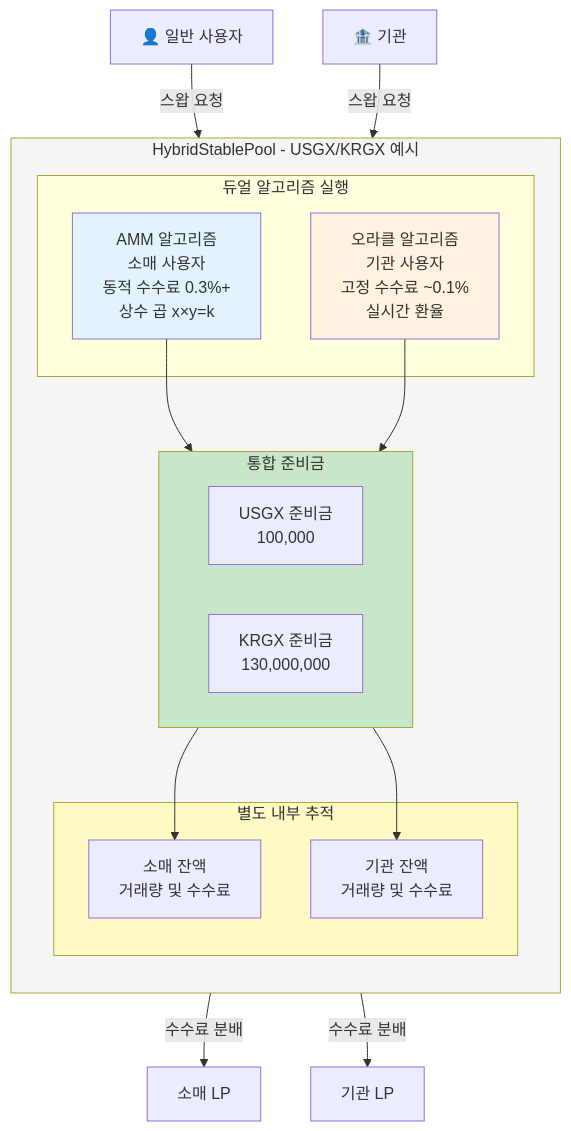
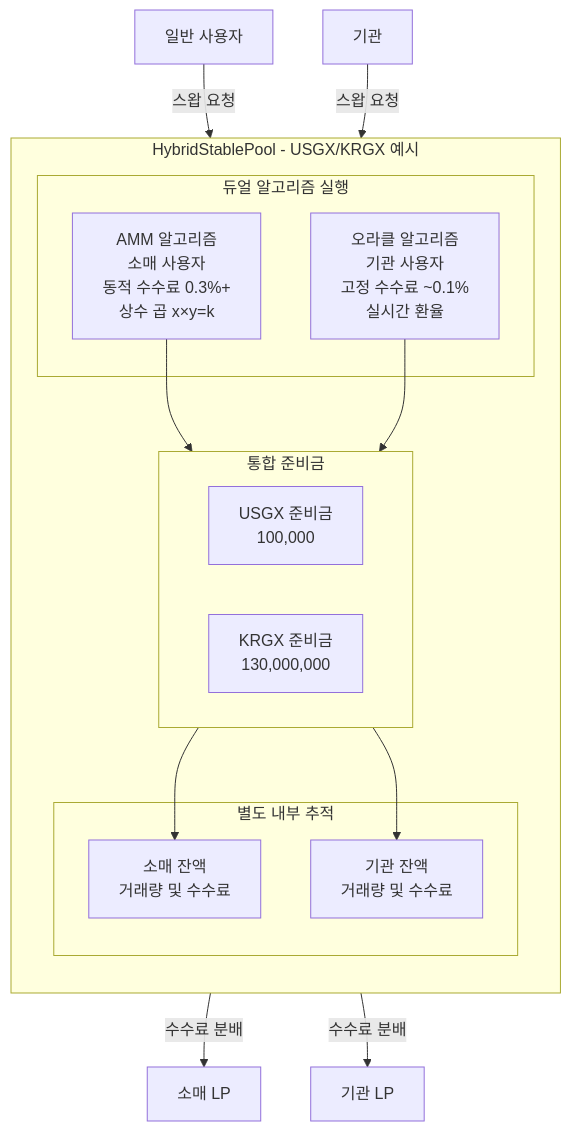
One commit to fbtopg/gurufin-docs changed the second of 2 diagrams in gurudex/02_hybrid_pools_kr.md. Above: the diagram before and after it, drawn with Mermaid. The commit also changed other lines of this file and 18 other files, not shown here.

````diff
--- a/gurudex/02_hybrid_pools_kr.md
+++ b/gurudex/02_hybrid_pools_kr.md
@@ -128,39 +122,33 @@
 ```mermaid
 flowchart TB
     subgraph Pool["HybridStablePool - USGX/KRGX 예시"]
         direction TB
         
         subgraph Algorithms["듀얼 알고리즘 실행"]
             AMM["AMM 알고리즘<br/>소매 사용자<br/>동적 수수료 0.3%+<br/>상수 곱 x×y=k"]
             Oracle["오라클 알고리즘<br/>기관 사용자<br/>고정 수수료 ~0.1%<br/>실시간 환율"]
         end
         
         subgraph Reserves["통합 준비금"]
             USGX[USGX 준비금<br/>100,000]
             KRGX[KRGX 준비금<br/>130,000,000]
         end
         
         subgraph Tracking["별도 내부 추적"]
             RetailTrack[소매 잔액<br/>거래량 및 수수료]
             InstTrack[기관 잔액<br/>거래량 및 수수료]
         end
     end
     
-    RetailUser[👤 일반 사용자] -->|스왑 요청| AMM
-    InstUser[🏦 기관] -->|스왑 요청| Oracle
+    RetailUser[일반 사용자] -->|스왑 요청| AMM
+    InstUser[기관] -->|스왑 요청| Oracle
     
     AMM --> Reserves
     Oracle --> Reserves
     
     Reserves --> RetailTrack
     Reserves --> InstTrack
     
     RetailTrack -->|수수료 분배| RetailLP[소매 LP]
     InstTrack -->|수수료 분배| InstLP[기관 LP]
-    
-    style Pool fill:#f5f5f5
-    style AMM fill:#e3f2fd
-    style Oracle fill:#fff3e0
-    style Reserves fill:#c8e6c9
-    style Tracking fill:#fff9c4
 ```
````
